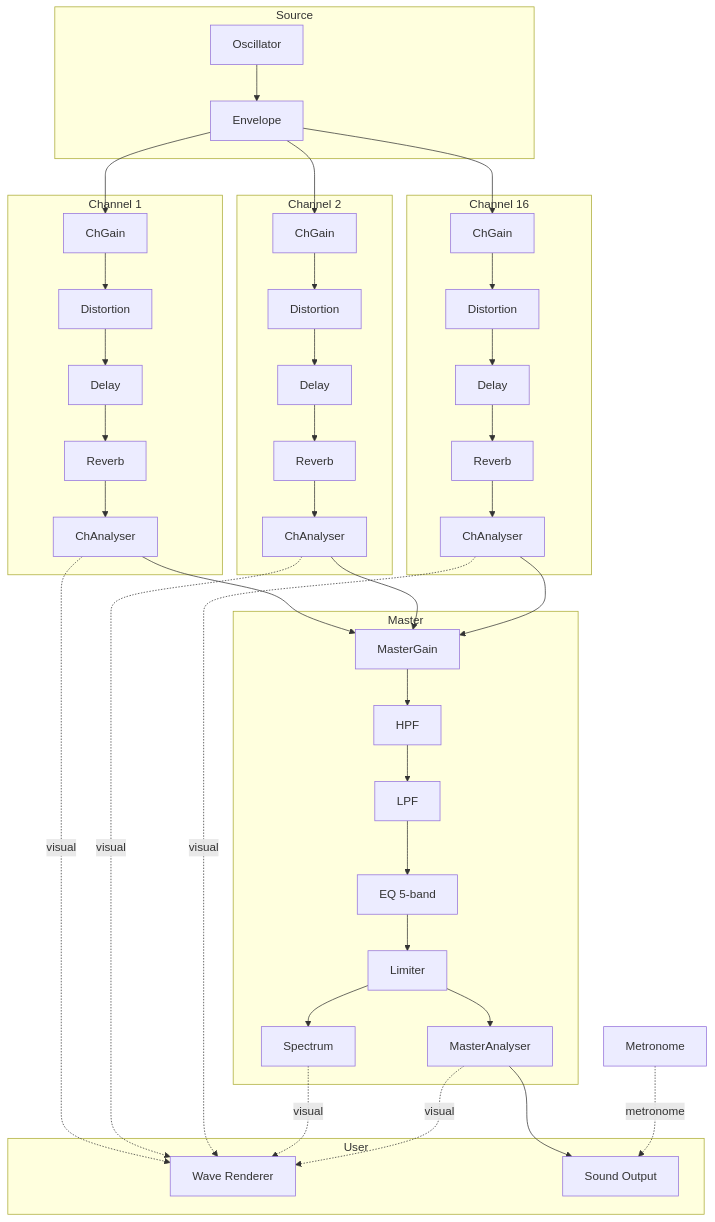
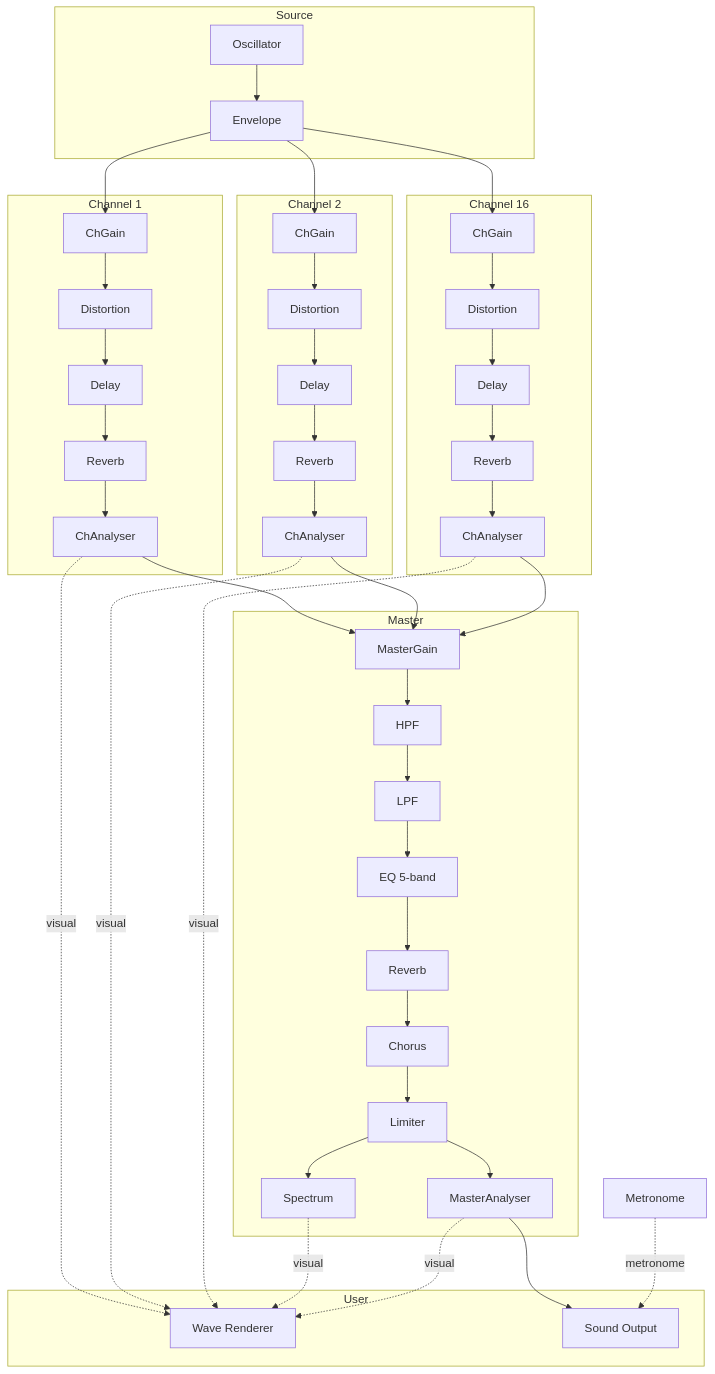
One commit to orleans-house/midi-parser changed the diagram in docs/audio-architecture.md. Above: the diagram before and after it, drawn with Mermaid. The commit also changed other lines of this file and 4 other files, not shown here.

````diff
--- a/docs/audio-architecture.md
+++ b/docs/audio-architecture.md
@@ -7,44 +7,44 @@
 ```mermaid
 graph TD
   subgraph Source
     Osc[Oscillator] --> Env[Envelope]
   end
 
   subgraph Ch1["Channel 1"]
     ChGain1[ChGain] --> ChDist1[Distortion] --> ChDelay1[Delay] --> ChReverb1[Reverb] --> ChAna1[ChAnalyser]
   end
 
   subgraph Ch2["Channel 2"]
     ChGain2[ChGain] --> ChDist2[Distortion] --> ChDelay2[Delay] --> ChReverb2[Reverb] --> ChAna2[ChAnalyser]
   end
 
   subgraph Ch16["Channel 16"]
     ChGain16[ChGain] --> ChDist16[Distortion] --> ChDelay16[Delay] --> ChReverb16[Reverb] --> ChAna16[ChAnalyser]
   end
 
   subgraph Master
     MGain[MasterGain] --> HPF[HPF] --> LPF[LPF] --> EQ[EQ 5-band]
-    EQ --> Lim[Limiter]
+    EQ --> MRev[Reverb] --> MCho[Chorus] --> Lim[Limiter]
     Lim --> Spec[Spectrum]
     Lim --> MAna[MasterAnalyser]
   end
 
   subgraph User
     Wave[Wave Renderer]
     Sound[Sound Output]
   end
 
   Env --> ChGain1
   Env --> ChGain2
   Env --> ChGain16
   ChAna1 --> MGain
   ChAna2 --> MGain
   ChAna16 --> MGain
   MAna --> Sound
   Metronome -. metronome .-> Sound
   ChAna1 -. visual .-> Wave
   ChAna2 -. visual .-> Wave
   ChAna16 -. visual .-> Wave
   Spec -. visual .-> Wave
   MAna -. visual .-> Wave
 ```
````
